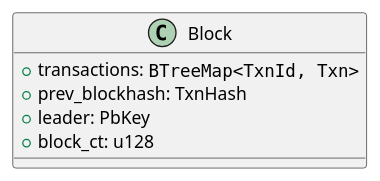
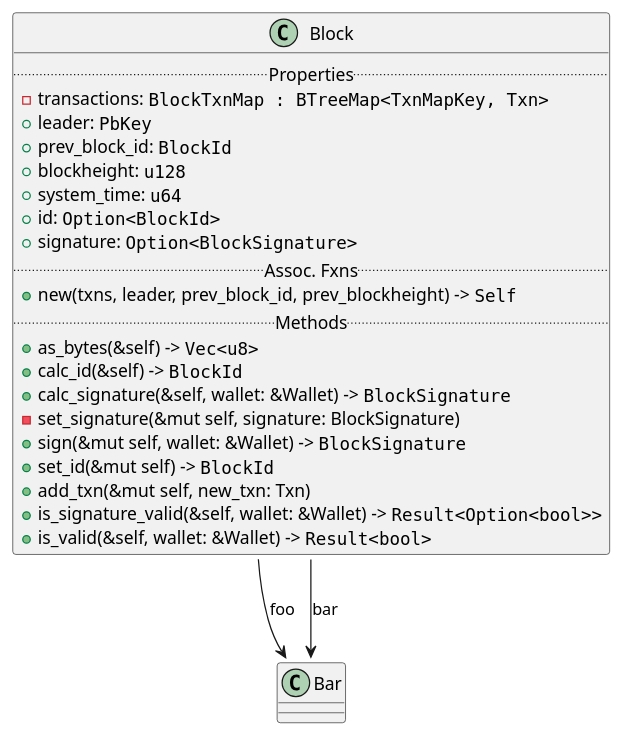
The diagram in docs/diagrams/blocks.puml (mrlucciola/proof-of-stake), drawn with PlantUML before and after one commit.

Commit message:
docs: #55 add `Block` diagram

```diff
--- a/docs/diagrams/blocks.puml
+++ b/docs/diagrams/blocks.puml
@@ -1,12 +1,34 @@
 @startuml
 allowmixing
 
 ' `-`: private, `#`: protected, `~`: package private, `+`: public
 class "Block" as bl {
-  +transactions: ""BTreeMap<TxnId, Txn>""
-  +prev_blockhash: TxnHash
-  +leader: PbKey
-  +block_ct: u128
+  ..Properties..
+  - transactions: ""BlockTxnMap : BTreeMap<TxnMapKey, Txn>""
+  + leader: ""PbKey""
+  + prev_block_id: ""BlockId""
+  + blockheight: ""u128""
+  + system_time: ""u64""
+  + id: ""Option<BlockId>""
+  + signature: ""Option<BlockSignature>""
+  ..Assoc. Fxns..
+  + new(txns, leader, prev_block_id, prev_blockheight) -> ""Self""
+  ..Methods..
+  + as_bytes(&self) -> ""Vec<u8>""
+  + calc_id(&self) -> ""BlockId""
+  + calc_signature(&self, wallet: &Wallet) -> ""BlockSignature""
+  - set_signature(&mut self, signature: BlockSignature)
+  + sign(&mut self, wallet: &Wallet) -> ""BlockSignature""
+  + set_id(&mut self) -> ""BlockId""
+  + add_txn(&mut self, new_txn: Txn)
+  + is_signature_valid(&self, wallet: &Wallet) -> ""Result<Option<bool>>""
+  + is_valid(&self, wallet: &Wallet) -> ""Result<bool>""
 }
 
+
+
+bl::field1 --> Bar::field3 : foo
+bl::field2 --> Bar::field4 : bar
+
+
 @enduml
```
